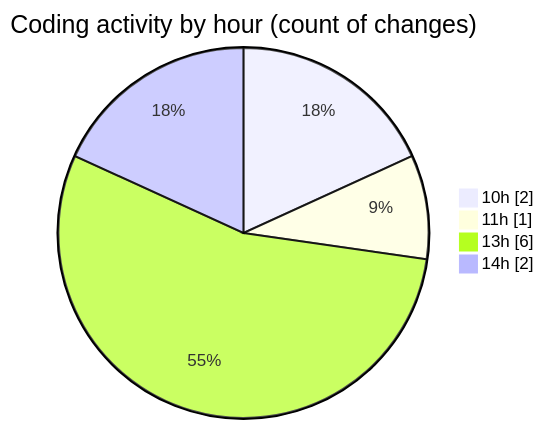
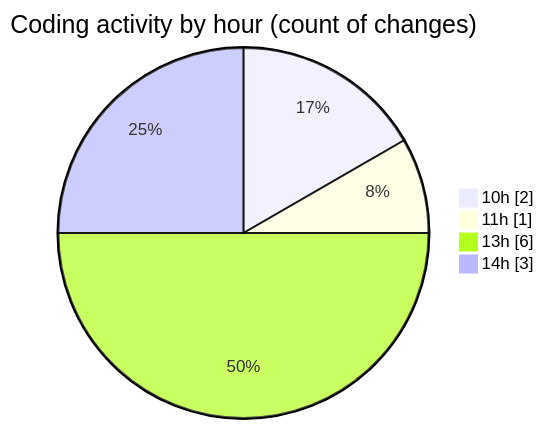
Before and after one commit to LanceThiago/code-tracking: the second of 2 diagrams in 2025-04-14/web/README.md, drawn with Mermaid. The commit also changed other lines of this file and 1 other file, not shown here.

````diff
--- a/2025-04-14/web/README.md
+++ b/2025-04-14/web/README.md
@@ -29,8 +29,8 @@
 ```mermaid
 pie showData
 title Coding activity by hour (count of changes)
 "10h" : 2
 "11h" : 1
 "13h" : 6
-"14h" : 2
+"14h" : 3
 ```
````
